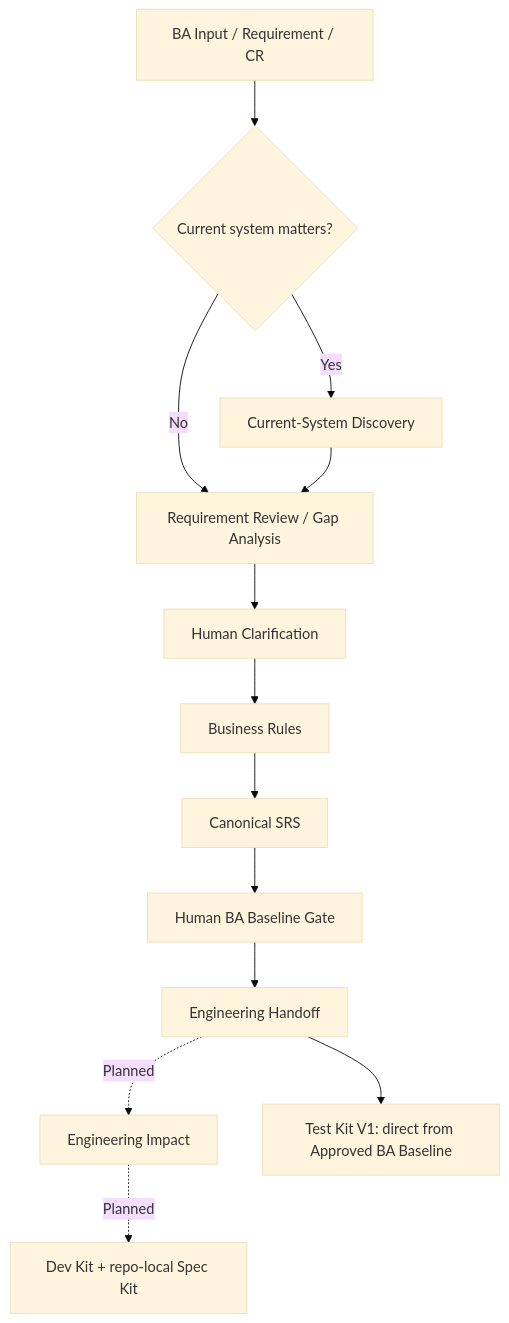
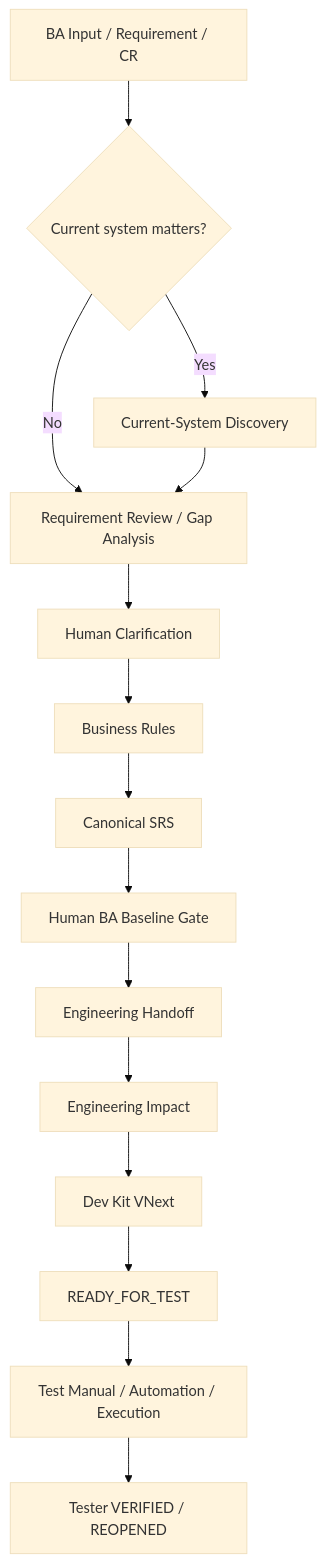
The first of 2 diagrams in docs/en/BA_KIT_WORKFLOW.md (iceteaofyoureyes/agent-skills), drawn with Mermaid (base theme) before and after one commit. The commit also changed other lines of this file and 74 other files, not shown here.

```diff
--- a/docs/en/BA_KIT_WORKFLOW.md
+++ b/docs/en/BA_KIT_WORKFLOW.md
@@ -49,15 +49,17 @@
 ~~~mermaid
 flowchart TD
     A[BA Input / Requirement / CR] --> B{Current system matters?}
     B -- Yes --> C[Current-System Discovery]
     B -- No --> D[Requirement Review / Gap Analysis]
     C --> D
     D --> E[Human Clarification]
     E --> F[Business Rules]
     F --> G[Canonical SRS]
     G --> H[Human BA Baseline Gate]
     H --> I[Engineering Handoff]
-    I -. Planned .-> J[Engineering Impact]
-    J -. Planned .-> K[Dev Kit + repo-local Spec Kit]
-    I --> L[Test Kit V1: direct from Approved BA Baseline]
+    I --> J[Engineering Impact]
+    J --> K[Dev Kit VNext]
+    K --> L[READY_FOR_TEST]
+    L --> M[Test Manual / Automation / Execution]
+    M --> N[Tester VERIFIED / REOPENED]
 ~~~
```
